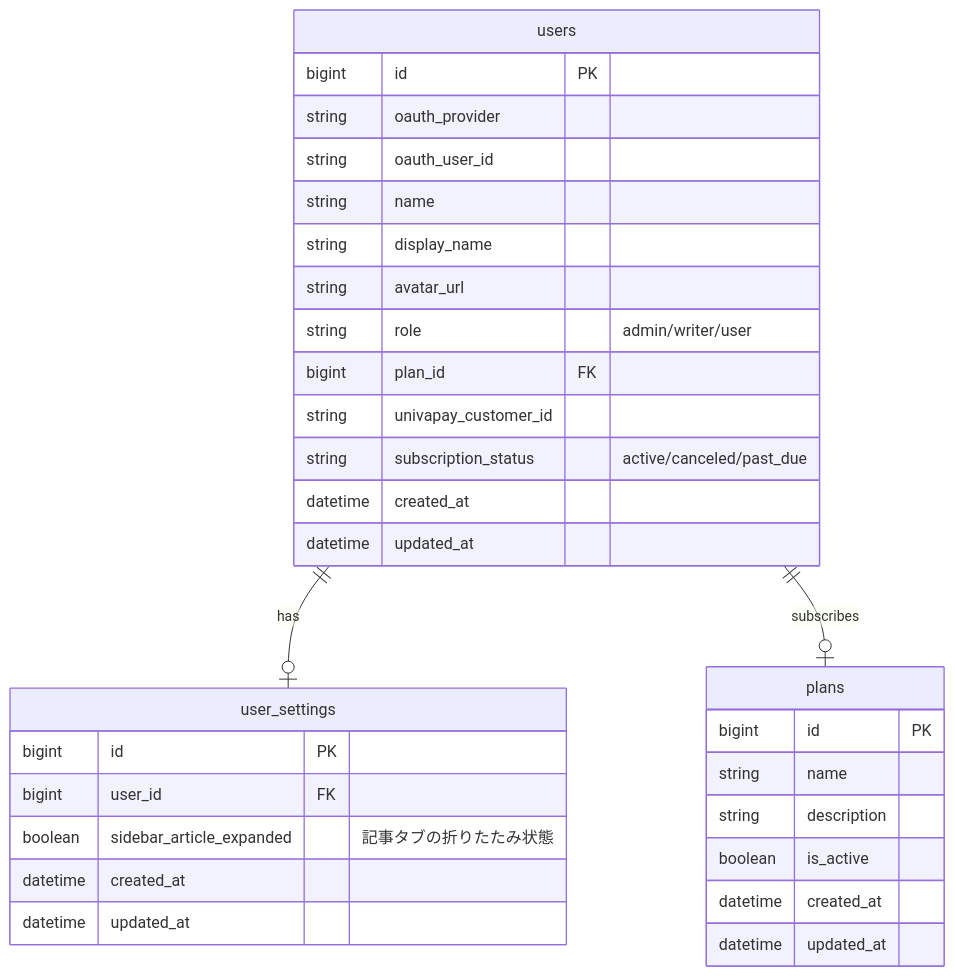
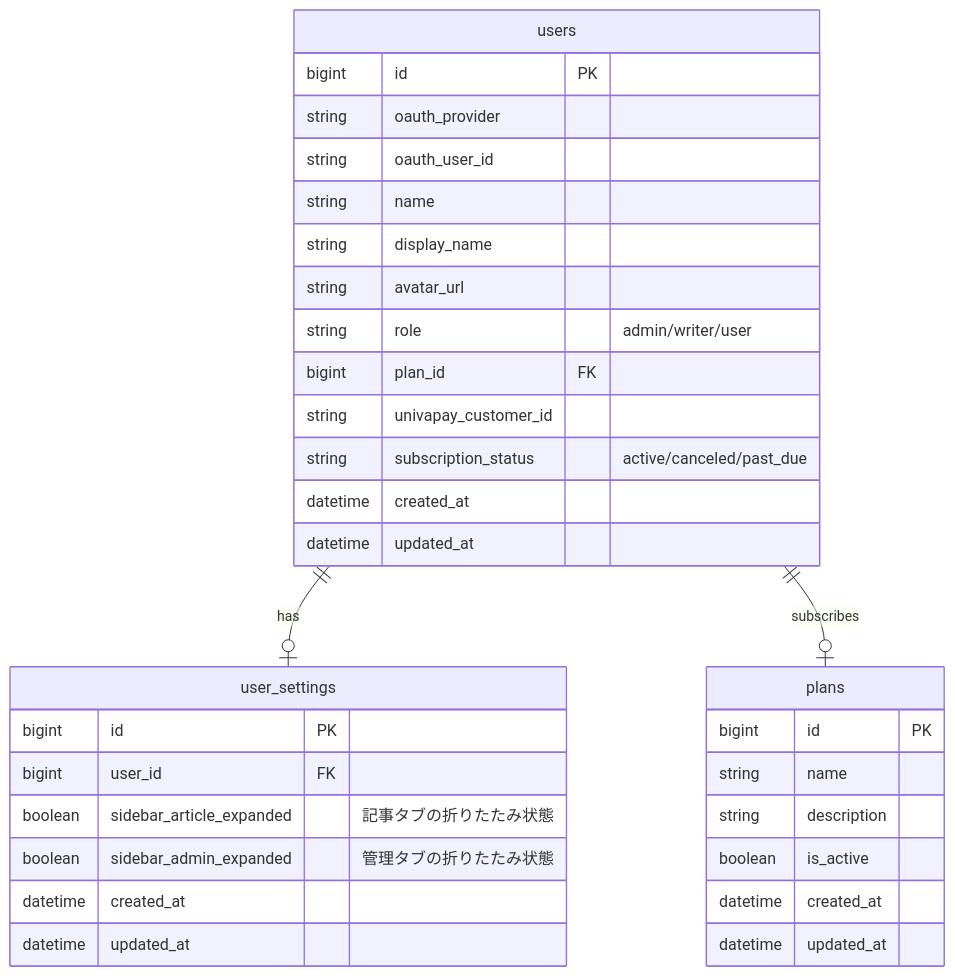
Before and after one commit to RRRRRRR-777/SikouLab: the first of 3 diagrams in docs/functions/auth/login.md, drawn with Mermaid. The commit also changed other lines of this file and 3 other files, not shown here.

````diff
--- a/docs/functions/auth/login.md
+++ b/docs/functions/auth/login.md
@@ -81,38 +81,39 @@
 ```mermaid
 erDiagram
     %% 正: docs/versions/1_0_0/data-model.md
     users ||--o| user_settings : "has"
     users ||--o| plans : "subscribes"
 
     users {
         bigint id PK
         string oauth_provider
         string oauth_user_id
         string name
         string display_name
         string avatar_url
         string role "admin/writer/user"
         bigint plan_id FK
         string univapay_customer_id
         string subscription_status "active/canceled/past_due"
         datetime created_at
         datetime updated_at
     }
 
     user_settings {
         bigint id PK
         bigint user_id FK
         boolean sidebar_article_expanded "記事タブの折りたたみ状態"
+        boolean sidebar_admin_expanded "管理タブの折りたたみ状態"
         datetime created_at
         datetime updated_at
     }
 
     plans {
         bigint id PK
         string name
         string description
         boolean is_active
         datetime created_at
         datetime updated_at
     }
 ```
````
